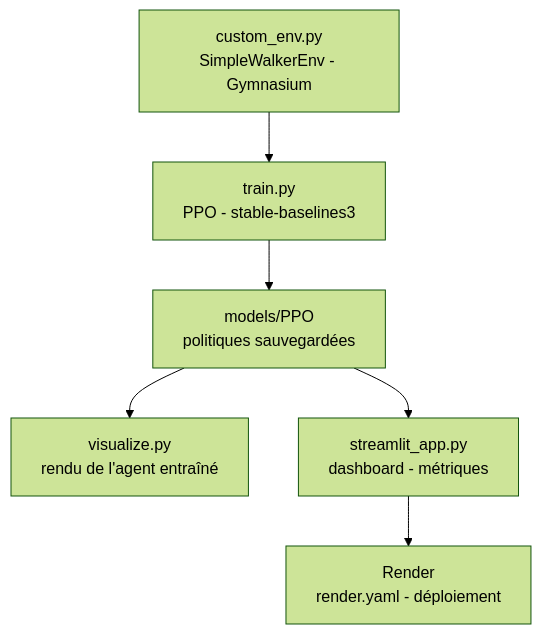
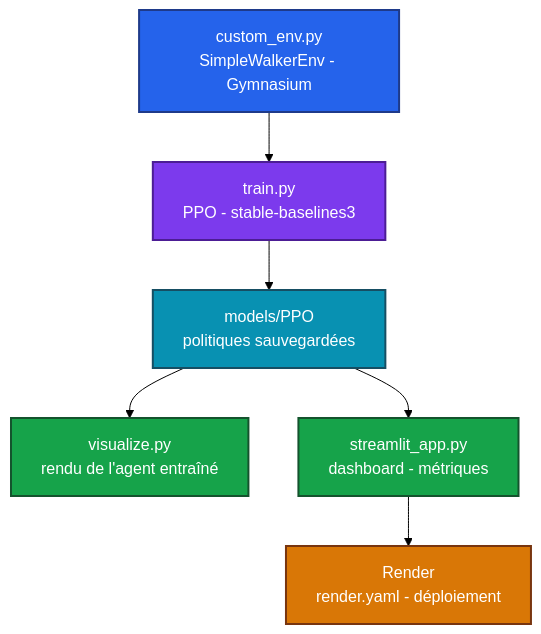
Before and after one commit to Adam-Blf/WalkingAI: the diagram in README.md, drawn with Mermaid (forest theme).

Commit message:
docs: add colors to mermaid diagrams (#3)
Each node gets a palette class (by subgraph or by flow depth), subgraphs are tinted, non-flowchart diagrams use a colored base theme. Validated by rendering every diagram before and after.

````diff
--- a/README.md
+++ b/README.md
@@ -40,14 +40,25 @@
 ```mermaid
 flowchart TB
     ENV["custom_env.py<br/>SimpleWalkerEnv - Gymnasium"]
     TRAIN["train.py<br/>PPO - stable-baselines3"]
     MODELS["models/PPO<br/>politiques sauvegardées"]
     VIZ["visualize.py<br/>rendu de l'agent entraîné"]
     DASH["streamlit_app.py<br/>dashboard - métriques"]
     DEPLOY["Render<br/>render.yaml - déploiement"]
     ENV --> TRAIN
     TRAIN --> MODELS
     MODELS --> VIZ
     MODELS --> DASH
     DASH --> DEPLOY
+
+    classDef c0 fill:#2563eb,stroke:#1e3a8a,stroke-width:2px,color:#ffffff
+    classDef c1 fill:#7c3aed,stroke:#4c1d95,stroke-width:2px,color:#ffffff
+    classDef c2 fill:#0891b2,stroke:#164e63,stroke-width:2px,color:#ffffff
+    classDef c3 fill:#16a34a,stroke:#14532d,stroke-width:2px,color:#ffffff
+    classDef c4 fill:#d97706,stroke:#78350f,stroke-width:2px,color:#ffffff
+    class ENV c0
+    class TRAIN c1
+    class MODELS c2
+    class VIZ,DASH c3
+    class DEPLOY c4
 ```
````
